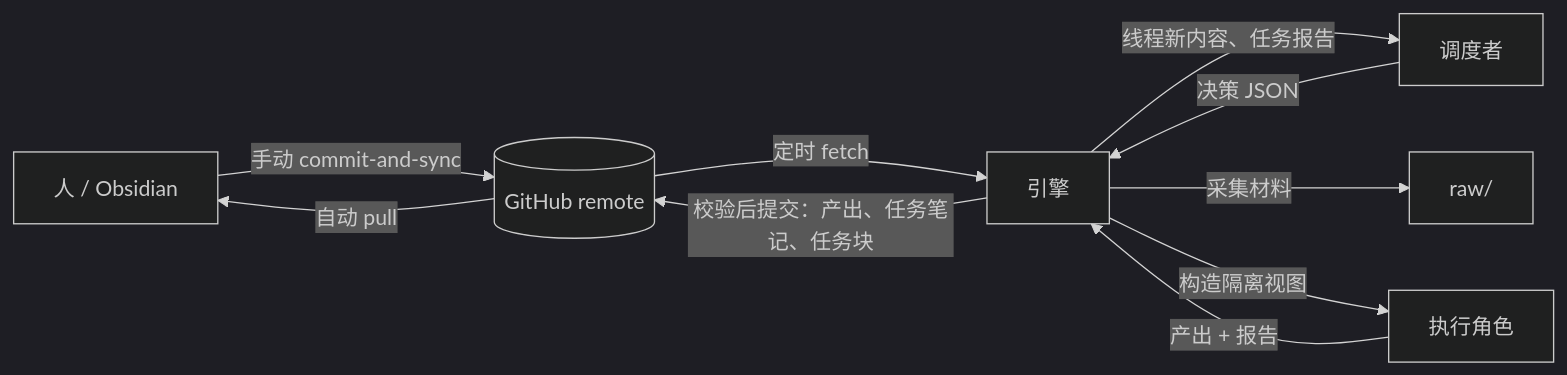
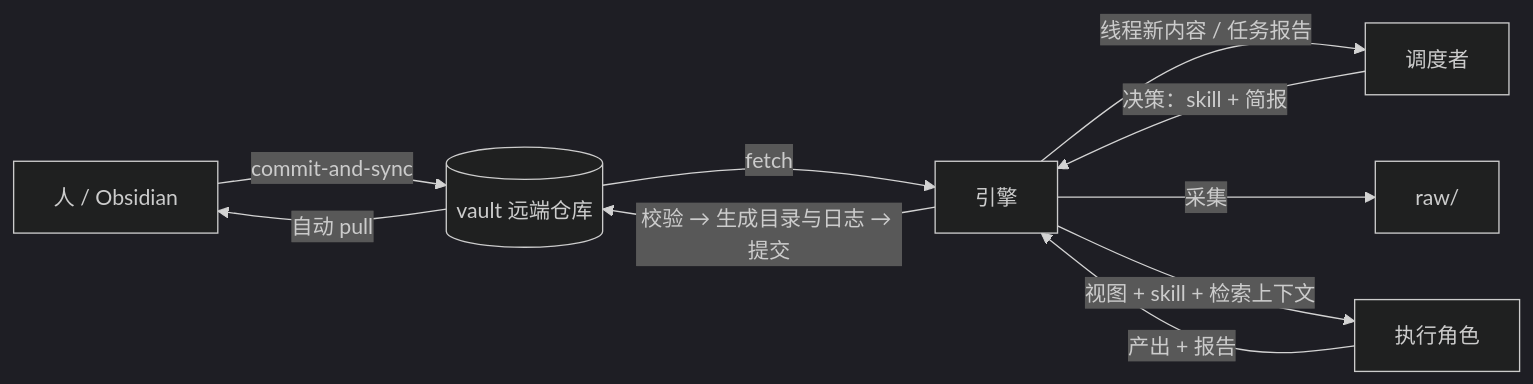
The diagram in docs/design.md (musicx/obsidian_harness), drawn with Mermaid (dark theme) before and after one commit. The commit also changed other lines of this file and 1 other file, not shown here.

````diff
--- a/docs/design.md
+++ b/docs/design.md
@@ -46,12 +59,12 @@
 ```mermaid
 flowchart LR
-    H[人 / Obsidian] -- 手动 commit-and-sync --> R[(GitHub remote)]
-    R -- 定时 fetch --> E[引擎]
-    E -- 线程新内容、任务报告 --> D[调度者]
-    D -- 决策 JSON --> E
-    E -- 采集材料 --> RAW[raw/]
-    E -- 构造隔离视图 --> X[执行角色]
+    H[人 / Obsidian] -- commit-and-sync --> R[(vault 远端仓库)]
+    R -- fetch --> E[引擎]
+    E -- 线程新内容 / 任务报告 --> D[调度者]
+    D -- 决策：skill + 简报 --> E
+    E -- 采集 --> RAW[raw/]
+    E -- 视图 + skill + 检索上下文 --> X[执行角色]
     X -- 产出 + 报告 --> E
-    E -- 校验后提交：产出、任务笔记、任务块 --> R
+    E -- 校验 → 生成目录与日志 → 提交 --> R
     R -- 自动 pull --> H
 ```
````
